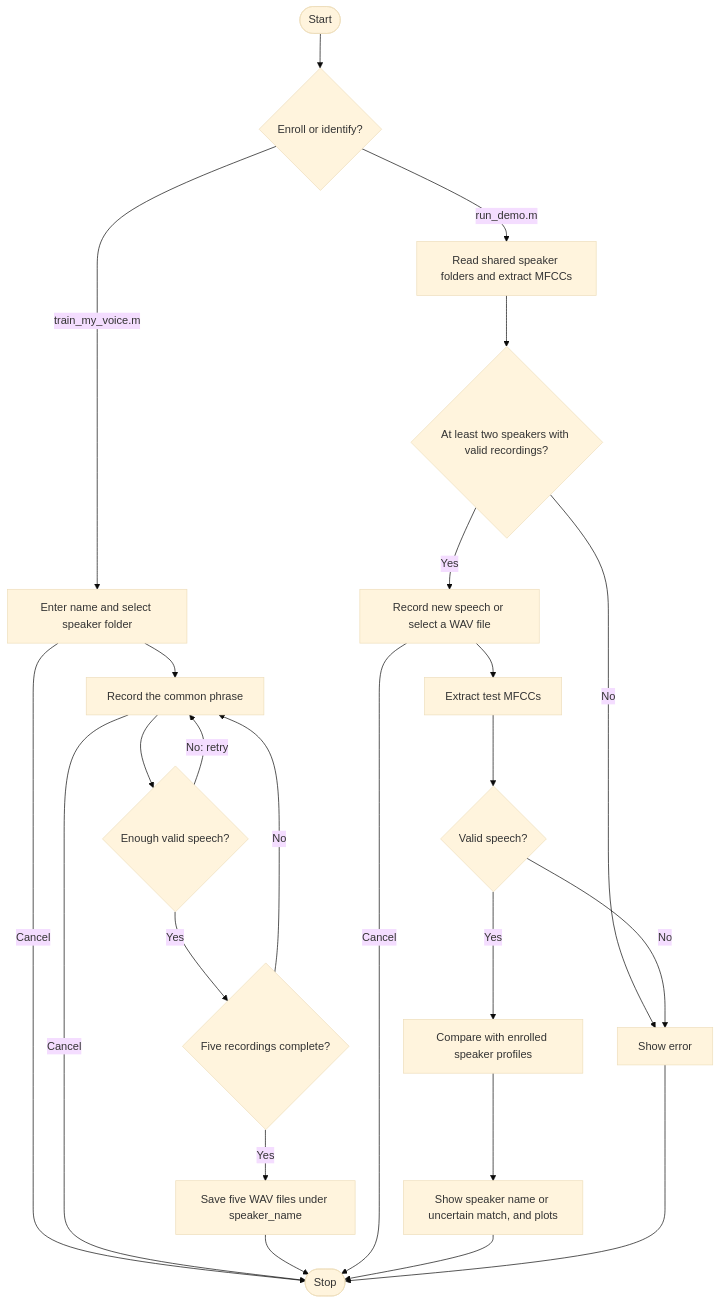
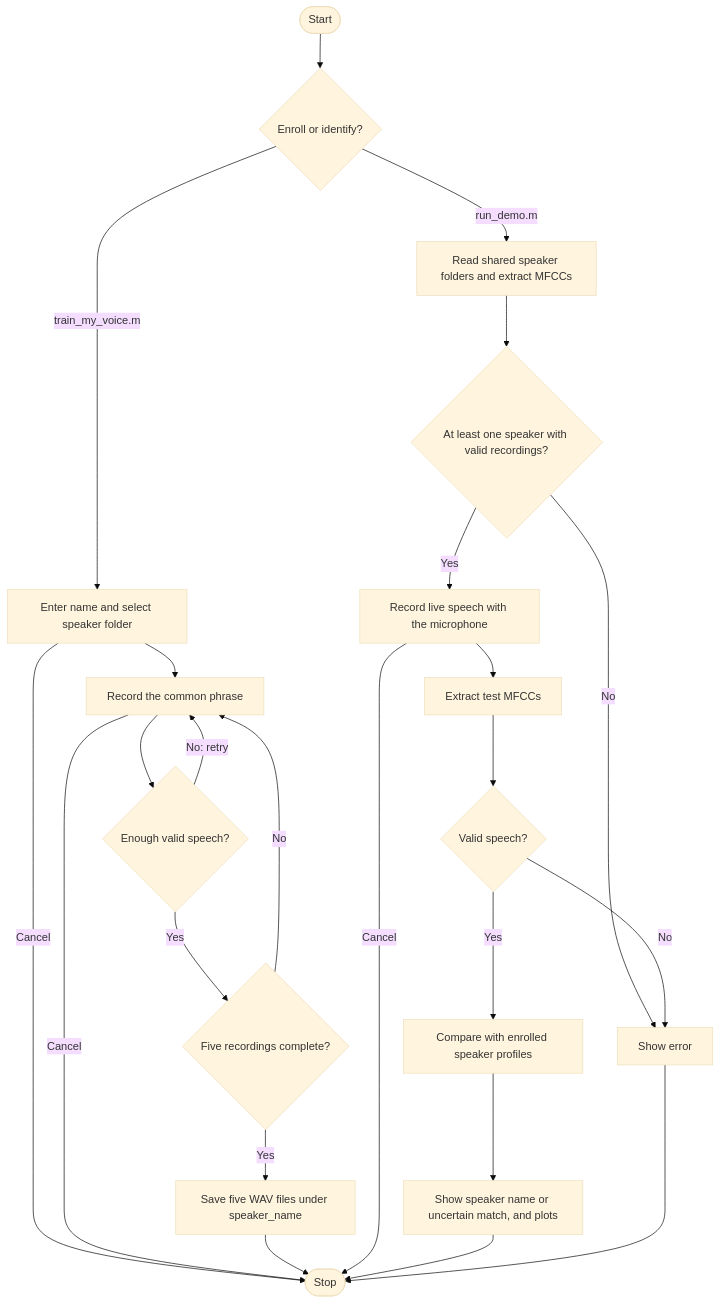
One commit to sarveshnimbalkar/VOICE-RECOGNITION-SNS changed the diagram in readme.md. Above: the diagram before and after it, drawn with Mermaid (base theme). The commit also changed other lines of this file and 18 other files, not shown here.

Commit message:
Reset speaker enrollment and make demo live-only with one-speaker support

````diff
--- a/readme.md
+++ b/readme.md
@@ -7,26 +7,26 @@
 ```mermaid
 flowchart TD
     startNode(["Start"]) --> mode{"Enroll or identify?"}
     mode -->|"train_my_voice.m"| nameFolder["Enter name and select speaker folder"]
     nameFolder --> recordAudio["Record the common phrase"]
     nameFolder -->|"Cancel"| stopNode(["Stop"])
     recordAudio --> validSpeech{"Enough valid speech?"}
     recordAudio -->|"Cancel"| stopNode
     validSpeech -->|"No: retry"| recordAudio
     validSpeech -->|"Yes"| fiveSamples{"Five recordings complete?"}
     fiveSamples -->|"No"| recordAudio
     fiveSamples -->|"Yes"| saveAudio["Save five WAV files under speaker_name"]
     saveAudio --> stopNode
     mode -->|"run_demo.m"| loadAudio["Read shared speaker folders and extract MFCCs"]
-    loadAudio --> ready{"At least two speakers with valid recordings?"}
+    loadAudio --> ready{"At least one speaker with valid recordings?"}
     ready -->|"No"| showError["Show error"]
-    ready -->|"Yes"| testAudio["Record new speech or select a WAV file"]
+    ready -->|"Yes"| testAudio["Record live speech with the microphone"]
     testAudio -->|"Cancel"| stopNode
     testAudio --> extract["Extract test MFCCs"]
     extract --> validTest{"Valid speech?"}
     validTest -->|"No"| showError
     validTest -->|"Yes"| compare["Compare with enrolled speaker profiles"]
     compare --> displayResult["Show speaker name or uncertain match, and plots"]
     displayResult --> stopNode
     showError --> stopNode
 ```
````
